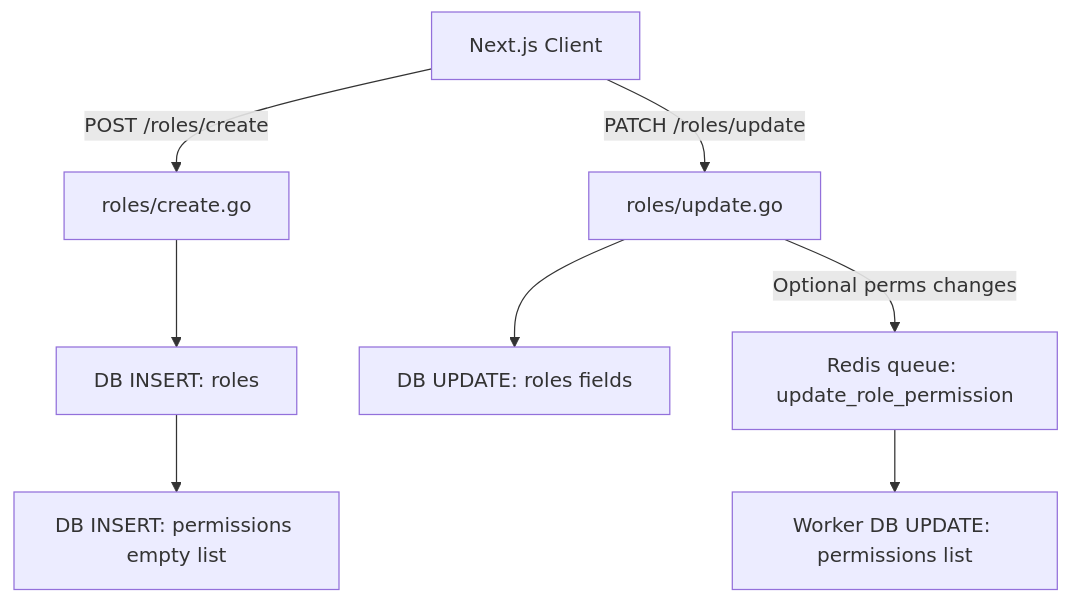
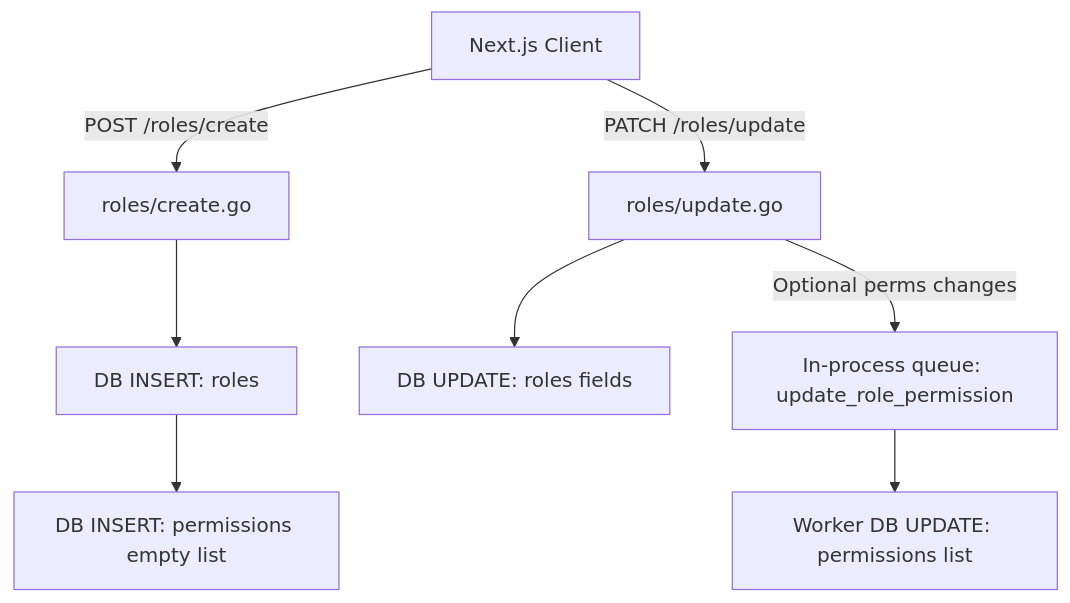
The eighth of 8 diagrams in feature_flows.md (wirayuda299/cord), drawn with Mermaid before and after one commit. The commit also changed other lines of this file and 42 other files, not shown here.

````diff
--- a/feature_flows.md
+++ b/feature_flows.md
@@ -268,10 +259,10 @@
 ```mermaid
 graph TD
     Client[Next.js Client] -->|POST /roles/create| API[roles/create.go]
     API --> InsertRole[DB INSERT: roles]
     InsertRole --> InsertPerms[DB INSERT: permissions empty list]
     Client -->|PATCH /roles/update| APIUpdate[roles/update.go]
     APIUpdate --> SyncUpdate[DB UPDATE: roles fields]
-    APIUpdate -->|Optional perms changes| RedisQueue[Redis queue: update_role_permission]
-    RedisQueue --> GoWorker[Worker DB UPDATE: permissions list]
+    APIUpdate -->|Optional perms changes| JobQueue[In-process queue: update_role_permission]
+    JobQueue --> GoWorker[Worker DB UPDATE: permissions list]
 ```
````
